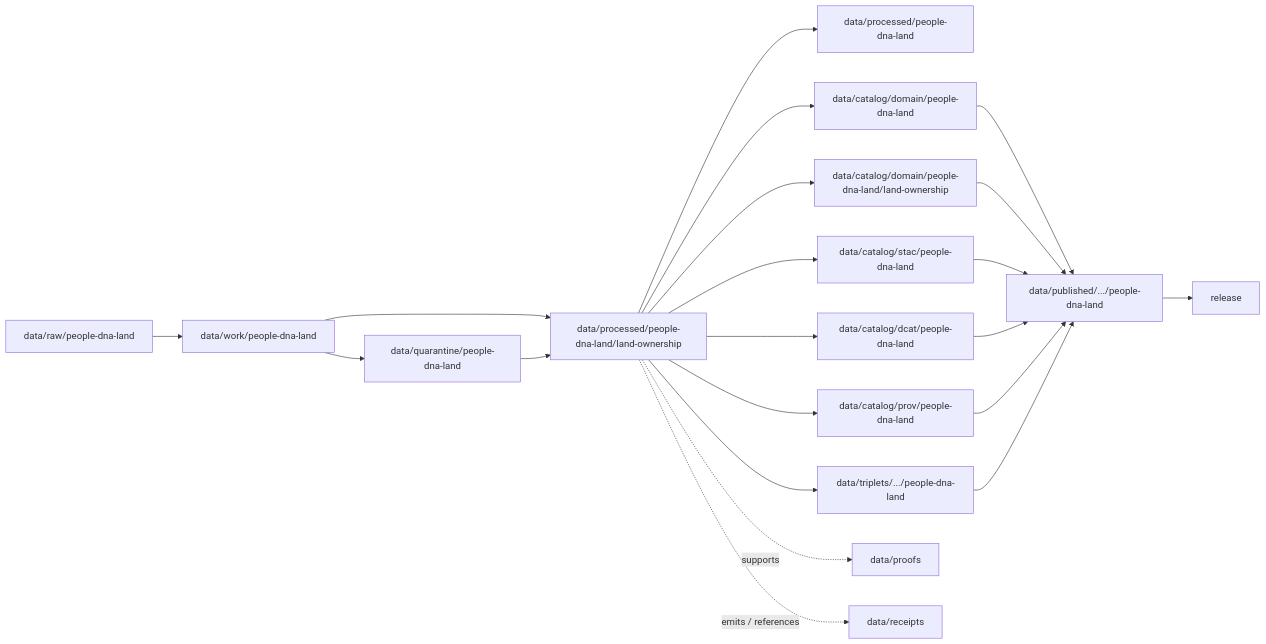
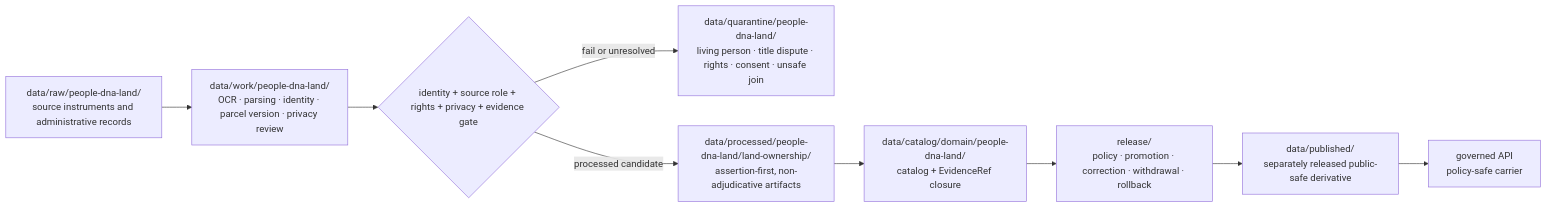
The diagram in data/processed/people-dna-land/land-ownership/README.md (bartytime4life/Kansas-Frontier-Matrix), drawn with Mermaid before and after one commit. The commit also changed other lines of this file, not shown here.

Commit message:
docs: modernize land-ownership processed README

````diff
--- a/data/processed/people-dna-land/land-ownership/README.md
+++ b/data/processed/people-dna-land/land-ownership/README.md
@@ -111,23 +307,11 @@
 ```mermaid
 flowchart LR
-  RAW[data/raw/people-dna-land] --> WORK[data/work/people-dna-land]
-  WORK --> QUAR[data/quarantine/people-dna-land]
-  WORK --> LAND[data/processed/people-dna-land/land-ownership]
-  QUAR --> LAND
-  LAND --> PROC[data/processed/people-dna-land]
-  LAND --> CAT[data/catalog/domain/people-dna-land]
-  LAND --> LO_CAT[data/catalog/domain/people-dna-land/land-ownership]
-  LAND --> STAC[data/catalog/stac/people-dna-land]
-  LAND --> DCAT[data/catalog/dcat/people-dna-land]
-  LAND --> PROV[data/catalog/prov/people-dna-land]
-  LAND --> TRIP[data/triplets/.../people-dna-land]
-  LAND -. supports .-> PROOF[data/proofs]
-  LAND -. emits / references .-> RECEIPT[data/receipts]
-  CAT --> PUBLISHED[data/published/.../people-dna-land]
-  LO_CAT --> PUBLISHED
-  STAC --> PUBLISHED
-  DCAT --> PUBLISHED
-  PROV --> PUBLISHED
-  TRIP --> PUBLISHED
-  PUBLISHED --> REL[release]
+  RAW["data/raw/people-dna-land/<br/>source instruments and administrative records"] --> WORK["data/work/people-dna-land/<br/>OCR · parsing · identity · parcel version · privacy review"]
+  WORK --> GATE{"identity + source role + rights + privacy + evidence gate"}
+  GATE -->|"fail or unresolved"| QUAR["data/quarantine/people-dna-land/<br/>living person · title dispute · rights · consent · unsafe join"]
+  GATE -->|"processed candidate"| PROC["data/processed/people-dna-land/land-ownership/<br/>assertion-first, non-adjudicative artifacts"]
+  PROC --> CAT["data/catalog/domain/people-dna-land/<br/>catalog + EvidenceRef closure"]
+  CAT --> REL["release/<br/>policy · promotion · correction · withdrawal · rollback"]
+  REL --> PUB["data/published/<br/>separately released public-safe derivative"]
+  PUB --> API["governed API<br/>policy-safe carrier"]
 ```
````
